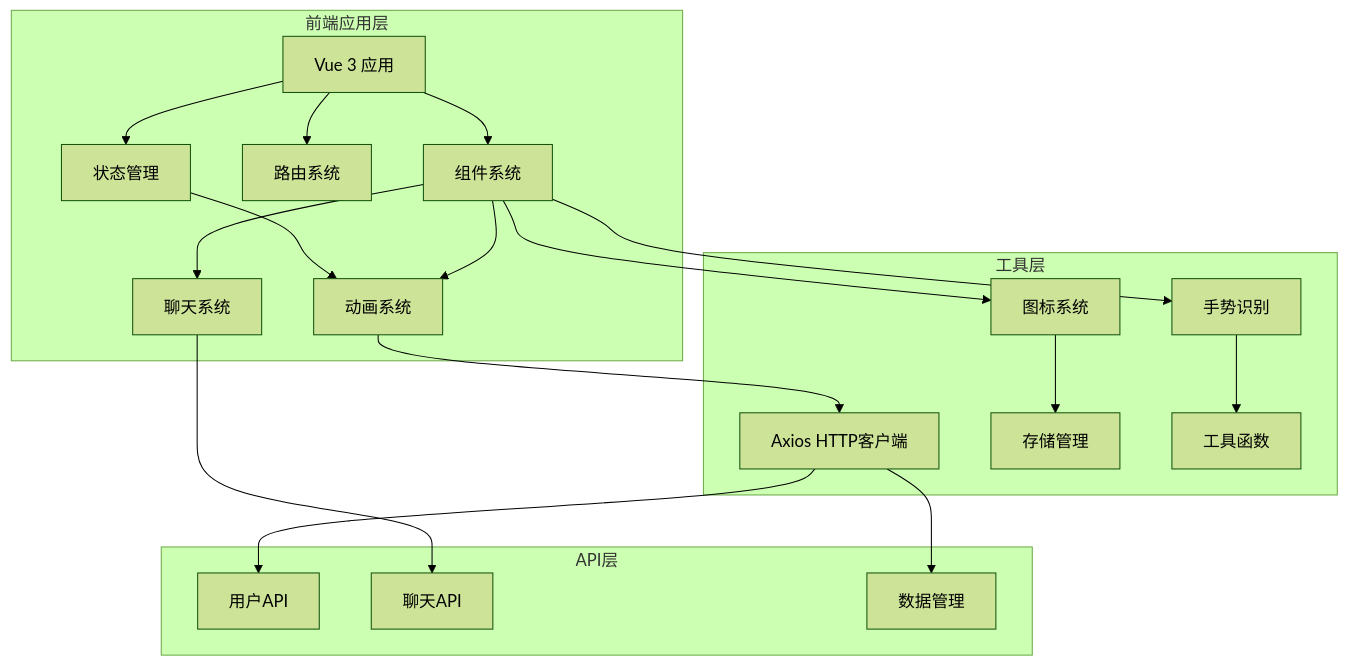
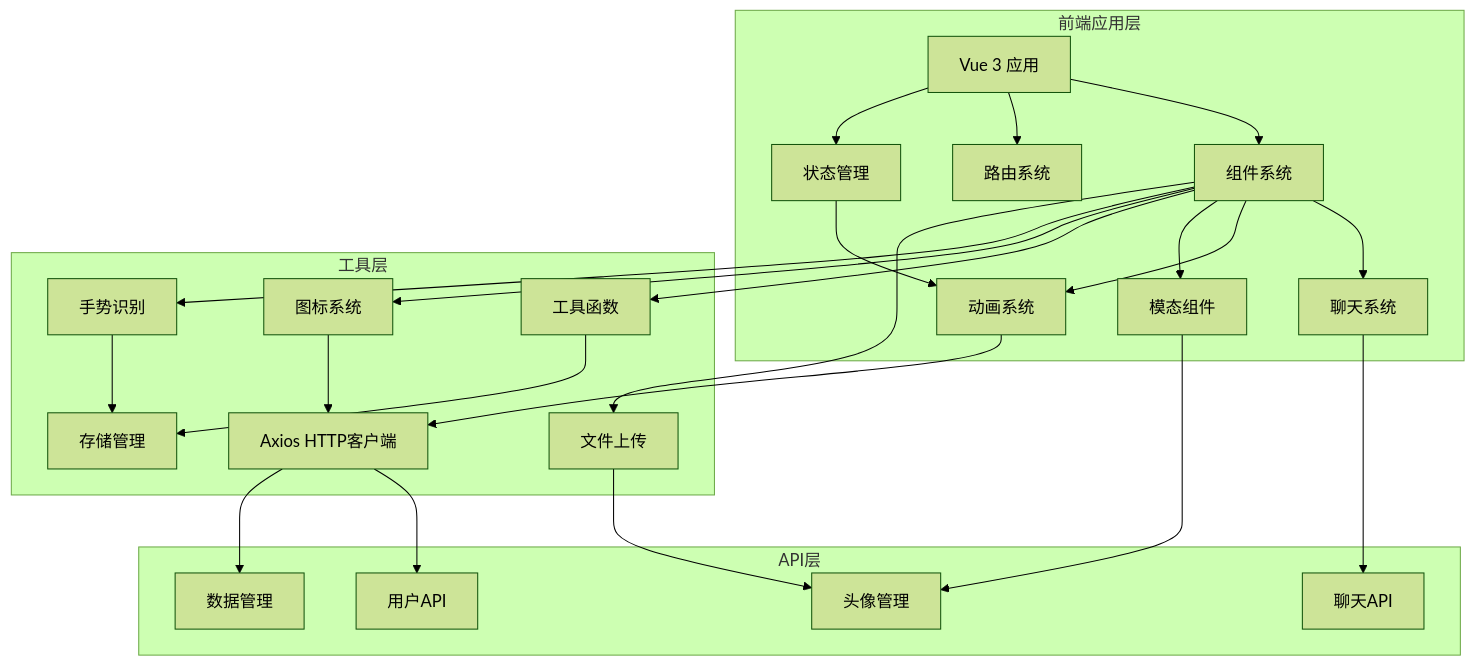
Before and after one commit to giserman001/vue3-vant4-mobile: the first of 20 diagrams in .qoder/repowiki/zh/content/核心系统/聊天系统.md, drawn with Mermaid (forest theme). The commit also changed other lines of this file and 4 other files, not shown here.

````diff
--- a/.qoder/repowiki/zh/content/核心系统/聊天系统.md
+++ b/.qoder/repowiki/zh/content/核心系统/聊天系统.md
@@ -58,37 +57,46 @@
 ```mermaid
 graph TB
 subgraph "前端应用层"
 A[Vue 3 应用]
 B[组件系统]
 C[路由系统]
 D[状态管理]
 E[聊天系统]
 F[动画系统]
+G[模态组件]
 end
 subgraph "工具层"
-G[Axios HTTP客户端]
-H[存储管理]
-I[工具函数]
-J[图标系统]
-K[手势识别]
+H[Axios HTTP客户端]
+I[存储管理]
+J[工具函数]
+K[图标系统]
+L[手势识别]
+M[文件上传]
 end
 subgraph "API层"
-L[用户API]
-M[聊天API]
-N[数据管理]
+N[用户API]
+O[聊天API]
+P[数据管理]
+Q[头像管理]
 end
 A --> B
 A --> C
 A --> D
 B --> E
 B --> F
+B --> G
 B --> J
 B --> K
+B --> L
+B --> M
 D --> F
-E --> M
-F --> G
-G --> L
-G --> N
-J --> H
-K --> I
+E --> O
+G --> Q
+F --> H
+H --> N
+H --> P
+J --> I
+K --> H
+L --> I
+M --> Q
 ```
````
